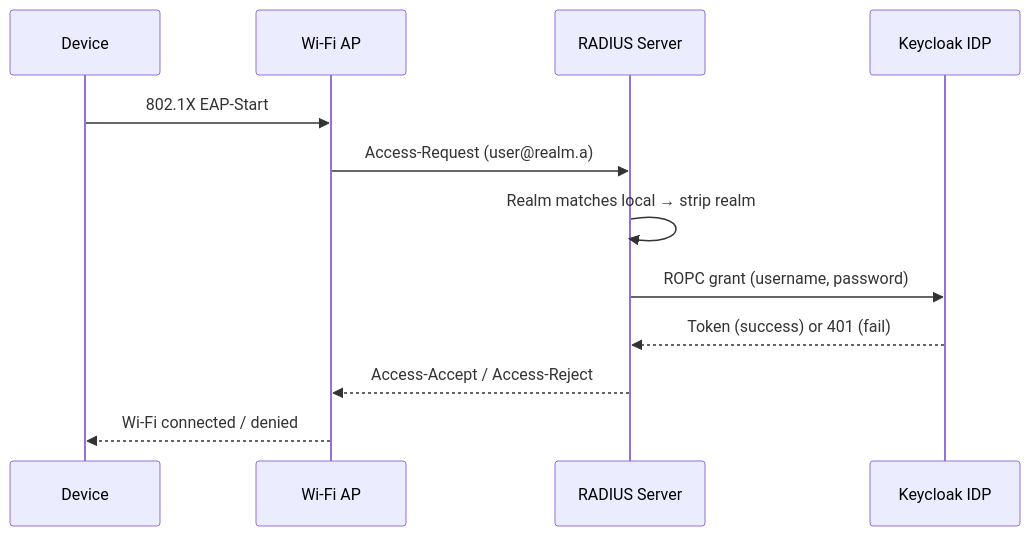
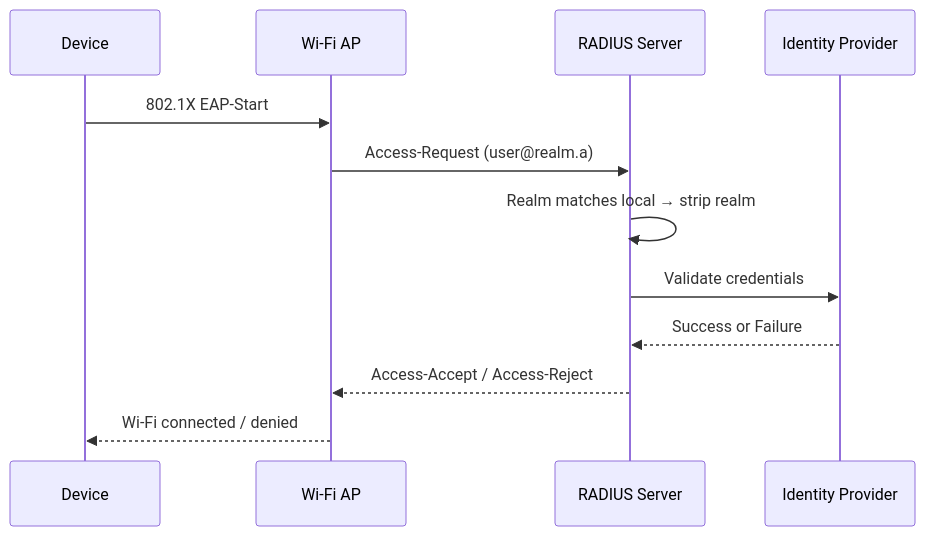
Before and after one commit to FadianRoam/fadianroam-blueprint: the first of 2 diagrams in docs/architecture/auth.md, drawn with Mermaid. The commit also changed other lines of this file and 7 other files, not shown here.

````diff
--- a/docs/architecture/auth.md
+++ b/docs/architecture/auth.md
@@ -25,15 +25,15 @@
 ```mermaid
 sequenceDiagram
     participant D as Device
     participant AP as Wi-Fi AP
     participant R as RADIUS Server
-    participant K as Keycloak IDP
+    participant IDP as Identity Provider
 
     D->>AP: 802.1X EAP-Start
     AP->>R: Access-Request (user@realm.a)
     R->>R: Realm matches local → strip realm
-    R->>K: ROPC grant (username, password)
-    K-->>R: Token (success) or 401 (fail)
+    R->>IDP: Validate credentials
+    IDP-->>R: Success or Failure
     R-->>AP: Access-Accept / Access-Reject
     AP-->>D: Wi-Fi connected / denied
 ```
````
